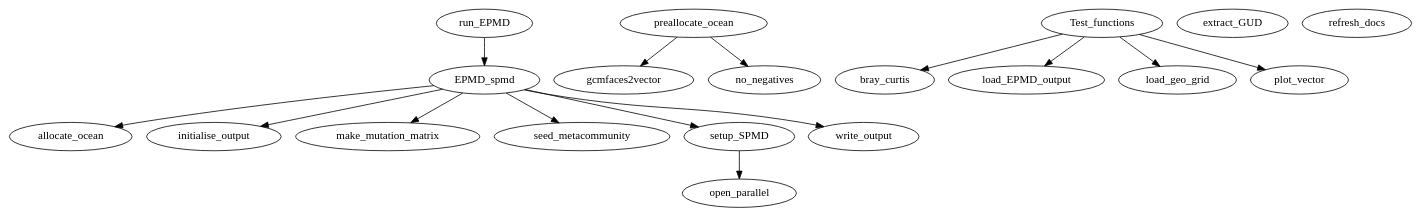
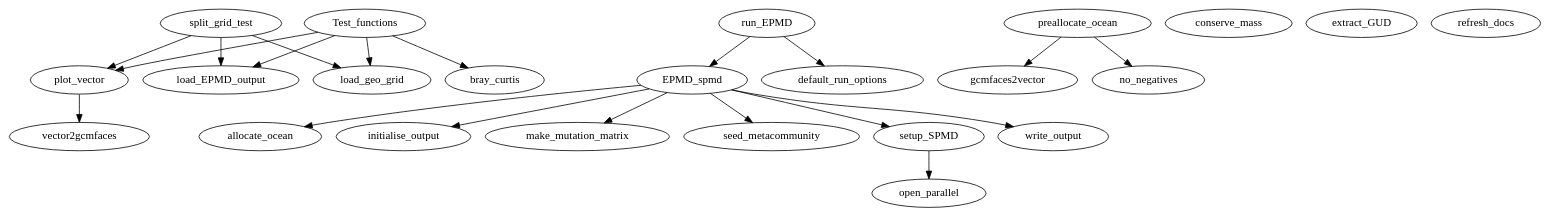
Before and after one commit to geebes/EPMD: the diagram in docs/graph.dot, drawn with Graphviz. The commit also changed 57 other files, not shown here.

```diff
--- a/docs/graph.dot
+++ b/docs/graph.dot
@@ -1,37 +1,46 @@
 /* Created by mdot for Matlab */
 digraph m2html {
+  plot_vector -> vector2gcmfaces;
   EPMD_spmd -> allocate_ocean;
   EPMD_spmd -> initialise_output;
   EPMD_spmd -> make_mutation_matrix;
   EPMD_spmd -> seed_metacommunity;
   EPMD_spmd -> setup_SPMD;
   EPMD_spmd -> write_output;
   setup_SPMD -> open_parallel;
+  split_grid_test -> load_EPMD_output;
+  split_grid_test -> load_geo_grid;
+  split_grid_test -> plot_vector;
   preallocate_ocean -> gcmfaces2vector;
   preallocate_ocean -> no_negatives;
   Test_functions -> bray_curtis;
   Test_functions -> load_EPMD_output;
   Test_functions -> load_geo_grid;
   Test_functions -> plot_vector;
   run_EPMD -> EPMD_spmd;
+  run_EPMD -> default_run_options;
 
   bray_curtis [URL="EPMD/Diagnostic_funcs/bray_curtis.html"];
   load_EPMD_output [URL="EPMD/Diagnostic_funcs/load_EPMD_output.html"];
   load_geo_grid [URL="EPMD/Diagnostic_funcs/load_geo_grid.html"];
   plot_vector [URL="EPMD/Diagnostic_funcs/plot_vector.html"];
+  vector2gcmfaces [URL="EPMD/Diagnostic_funcs/vector2gcmfaces.html"];
   EPMD_spmd [URL="EPMD/EPMD_functions/EPMD_spmd.html"];
   allocate_ocean [URL="EPMD/EPMD_functions/allocate_ocean.html"];
+  default_run_options [URL="EPMD/EPMD_functions/default_run_options.html"];
   gcmfaces2vector [URL="EPMD/EPMD_functions/gcmfaces2vector.html"];
   initialise_output [URL="EPMD/EPMD_functions/initialise_output.html"];
   make_mutation_matrix [URL="EPMD/EPMD_functions/make_mutation_matrix.html"];
   open_parallel [URL="EPMD/EPMD_functions/open_parallel.html"];
   seed_metacommunity [URL="EPMD/EPMD_functions/seed_metacommunity.html"];
   setup_SPMD [URL="EPMD/EPMD_functions/setup_SPMD.html"];
   write_output [URL="EPMD/EPMD_functions/write_output.html"];
+  split_grid_test [URL="EPMD/Parallel_stuff/split_grid_test.html"];
+  conserve_mass [URL="EPMD/TM_data/conserve_mass.html"];
   extract_GUD [URL="EPMD/TM_data/extract_GUD.html"];
   no_negatives [URL="EPMD/TM_data/no_negatives.html"];
   preallocate_ocean [URL="EPMD/TM_data/preallocate_ocean.html"];
   Test_functions [URL="EPMD/Visualisation_scripts/Test_functions.html"];
   refresh_docs [URL="EPMD/refresh_docs.html"];
   run_EPMD [URL="EPMD/run_EPMD.html"];
 }
```
